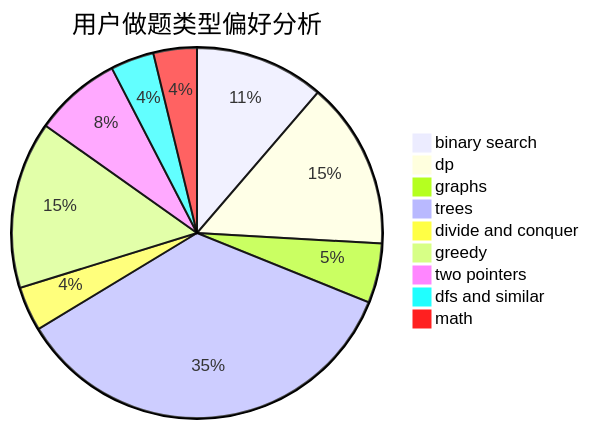
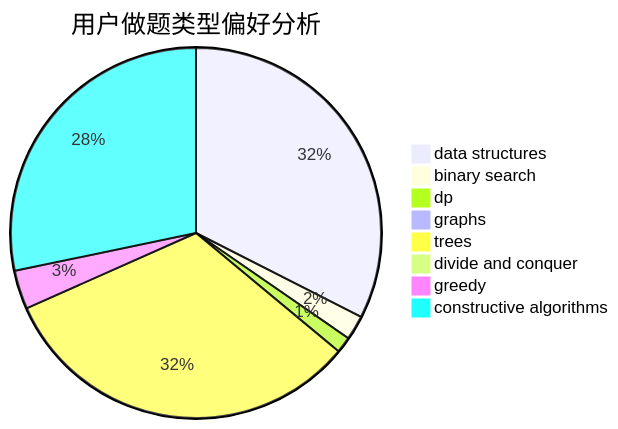
One commit to sherpahu/cfrs.github.io changed the second of 3 diagrams in docs/user/u1840.md. Above: the diagram before and after it, drawn with Mermaid. The commit also changed other lines of this file and 2775 other files, not shown here.

````diff
--- a/docs/user/u1840.md
+++ b/docs/user/u1840.md
@@ -23,12 +23,11 @@
 ```mermaid
 pie title 用户做题类型偏好分析
-    "binary search" :  137
-    "dp" :  177
-    "graphs" :  63
-    "trees" :  427
-    "divide and conquer" :  47
-    "greedy" :  177
-    "two pointers" :  92
-    "dfs and similar" :  46
-    "math" :  46
+    "data structures" :  394
+    "binary search" :  26
+    "dp" :  17
+    "graphs" :  6
+    "trees" :  392
+    "divide and conquer" :  3
+    "greedy" :  41
+    "constructive algorithms" :  343
 ```
````
